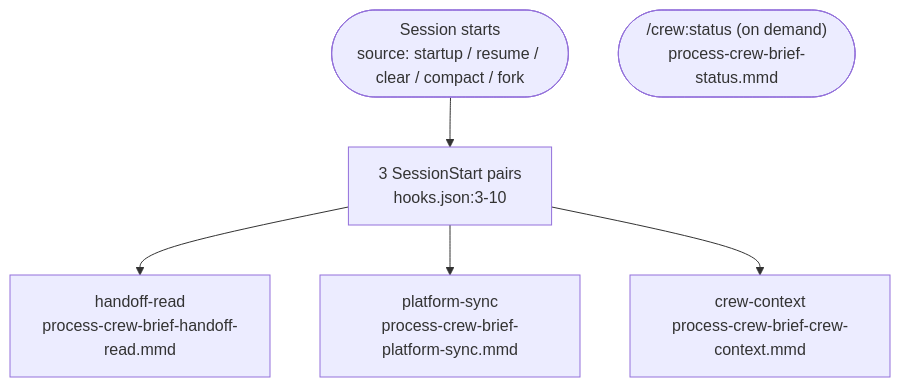
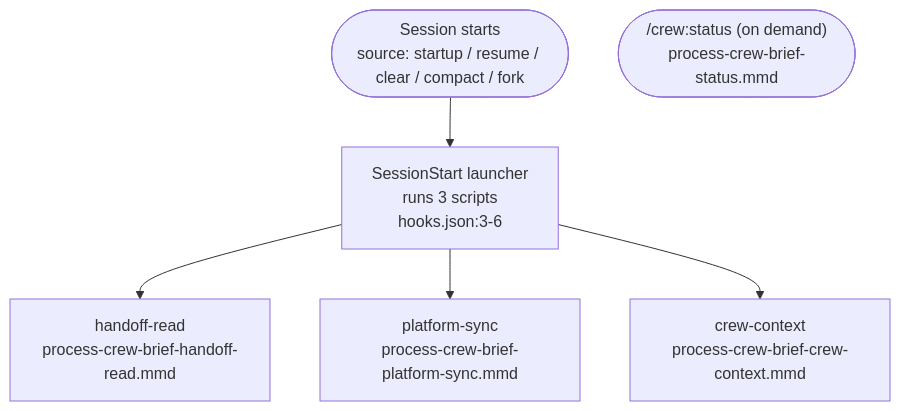
Before and after one commit to mbadali25/useful-claude-add-ons: the diagram in docs/diagrams/process-crew-brief.mmd, drawn with Mermaid. The commit also changed 16 other files, not shown here.

Commit message:
L-0850: ADR 0009, hook docs, guides, diagram line references (pre-version)

```diff
--- a/docs/diagrams/process-crew-brief.mmd
+++ b/docs/diagrams/process-crew-brief.mmd
@@ -128,10 +128,10 @@
 %% brief (pm-brief.sh / pm_brief.py), both removed in 1.0 - the diagram described
 %% a flow that no longer exists. Every box below was re-read at 86931b29.
 %% --
-%% Registration: plugin/crew/hooks/hooks.json:3-10 - three SessionStart pairs
-%% (sh + ps1), NO matcher key, so all six fire on every source; each script
-%% filters on payload.source itself and claims per session+source so only one
-%% flavour does the work.
+%% Registration: plugin/crew/hooks/hooks.json:3-6 - one SessionStart launcher pair
+%% (crew-hook.sh + crew-hook.ps1), NO matcher key, so it fires on every source; crew_hook.py
+%% runs the three scripts at once (L-0850) and each filters on payload.source itself and
+%% claims per session+source.
 %% Split 2026-10-03 for readability (31 nodes -> an overview plus four parts). Each part
 %% node below names its file; HR, PS and CC are repeated there as each part's entry, and
 %% the notes that explained a part's nodes (handoff-read.sh, crew_platform.py, crew_context.py,
@@ -198,10 +198,10 @@
 %% the merged tree: collect :211-240, _tracker_line :67, the HANDOFF check :231; that also
 %% corrects main's st2 citations (:65, :215, :192-216), which predate T-0087's later crew_status.py
 %% edits. The st2 node takes T-0040's shell line; no node or edge was added.
-%% Note reg: 3 SessionStart pairs, sh + ps1, no matcher; each claims per session+source
+%% Note reg: one SessionStart launcher pair, sh + ps1, no matcher; crew_hook.py runs the three scripts; each claims per session+source
 flowchart TB
     start([Session starts<br/>source: startup / resume / clear / compact / fork])
-    start --> reg["3 SessionStart pairs<br/>hooks.json:3-10"]
+    start --> reg["SessionStart launcher<br/>runs 3 scripts<br/>hooks.json:3-6"]
 
     reg --> HR["handoff-read<br/>process-crew-brief-handoff-read.mmd"]
     reg --> PS["platform-sync<br/>process-crew-brief-platform-sync.mmd"]
```
